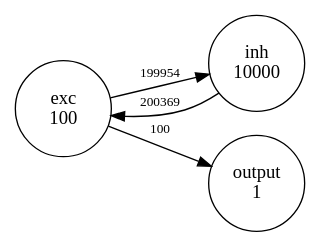
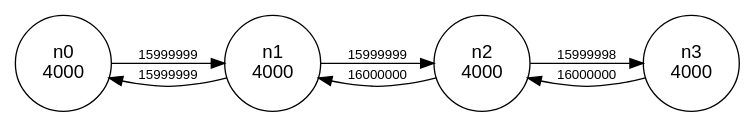
One commit to drghirlanda/mint changed the diagram in example/speed/speed.dot. Above: the diagram before and after it, drawn with Graphviz. The commit also changed 89 other files, not shown here.

```diff
--- a/example/speed/speed.dot
+++ b/example/speed/speed.dot
@@ -1,11 +1,15 @@
 digraph network {
 rankdir=LR
-node [fixedsize=true height=1 shape=circle]
-edge [fontsize=10]
-n0 [label="exc\n100"]
-n1 [label="inh\n10000"]
-n2 [label="output\n1"]
-n0 -> n1 [label="199954"]
-n1 -> n0 [label="200369"]
-n0 -> n2 [label="100"]
+node [fixedsize=true height=1 shape=circle fontname=Helvetica]
+edge [fontsize=10 fontname=Helvetica]
+n0 [label="n0\n4000"]
+n1 [label="n1\n4000"]
+n2 [label="n2\n4000"]
+n3 [label="n3\n4000"]
+n0 -> n1 [label="15999999"]
+n1 -> n0 [label="15999999"]
+n1 -> n2 [label="15999999"]
+n2 -> n1 [label="16000000"]
+n2 -> n3 [label="15999998"]
+n3 -> n2 [label="16000000"]
 }
```
